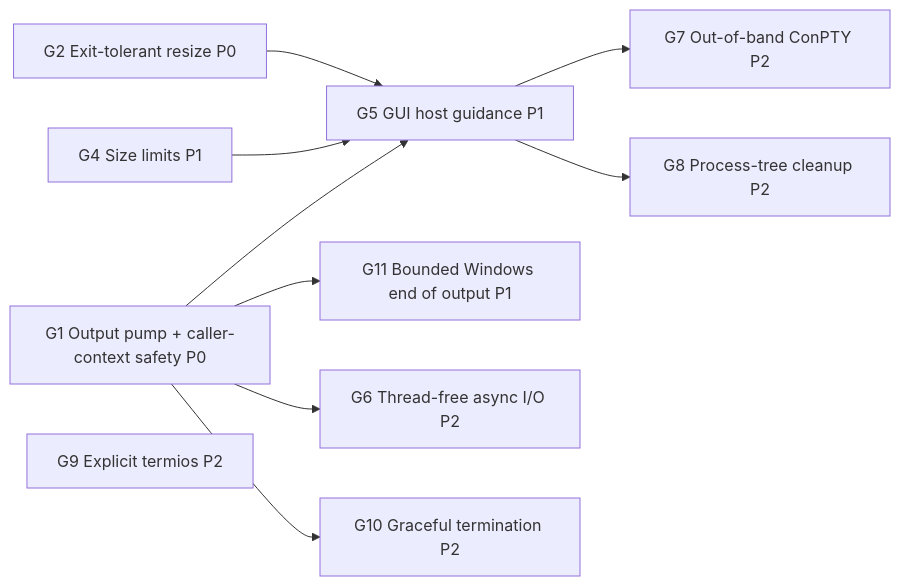
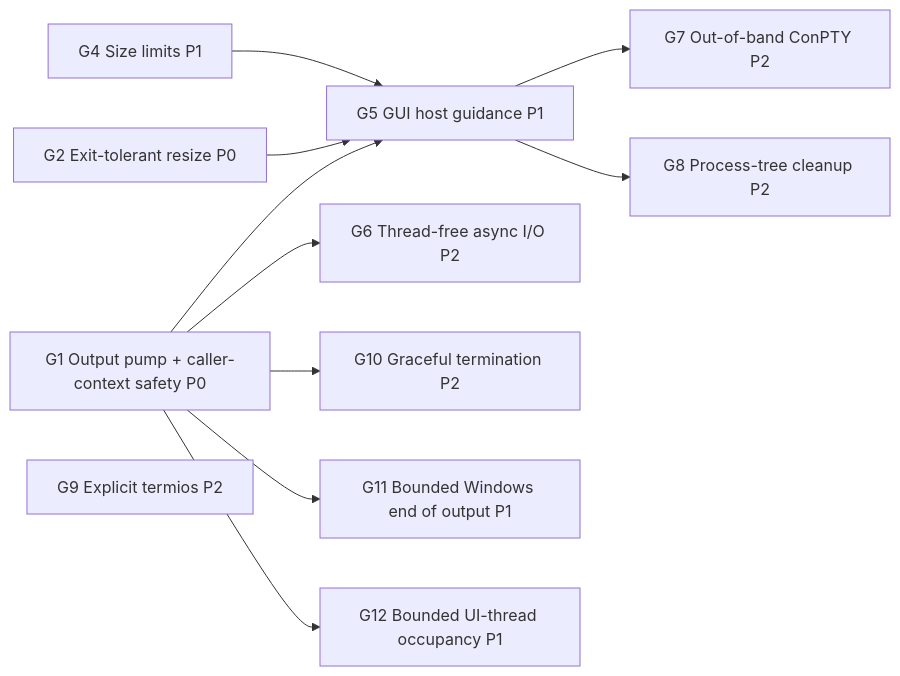
The diagram in .github/docs/plans/plan_gui_host_readiness.md (guitarrapc/MiniPty), drawn with Mermaid before and after one commit. The commit also changed other lines of this file and 7 other files, not shown here.

````diff
--- a/.github/docs/plans/plan_gui_host_readiness.md
+++ b/.github/docs/plans/plan_gui_host_readiness.md
@@ -1079,22 +1136,24 @@
 ```mermaid
 flowchart LR
     G1[G1 Output pump + caller-context safety P0]
     G2[G2 Exit-tolerant resize P0]
     G4[G4 Size limits P1]
     G5[G5 GUI host guidance P1]
     G6[G6 Thread-free async I/O P2]
     G9[G9 Explicit termios P2]
     G10[G10 Graceful termination P2]
     G7[G7 Out-of-band ConPTY P2]
     G8[G8 Process-tree cleanup P2]
     G11[G11 Bounded Windows end of output P1]
+    G12[G12 Bounded UI-thread occupancy P1]
 
+    G1 --> G12
     G1 --> G5
     G2 --> G5
     G4 --> G5
     G1 --> G11
     G1 --> G6
     G1 --> G10
     G5 --> G7
     G5 --> G8
 ```
````
